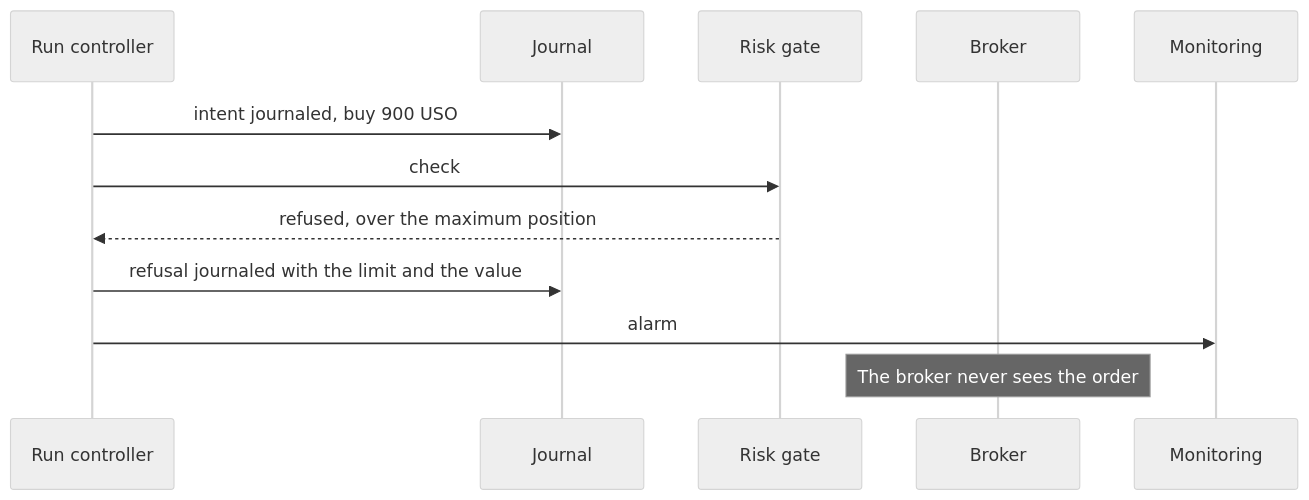
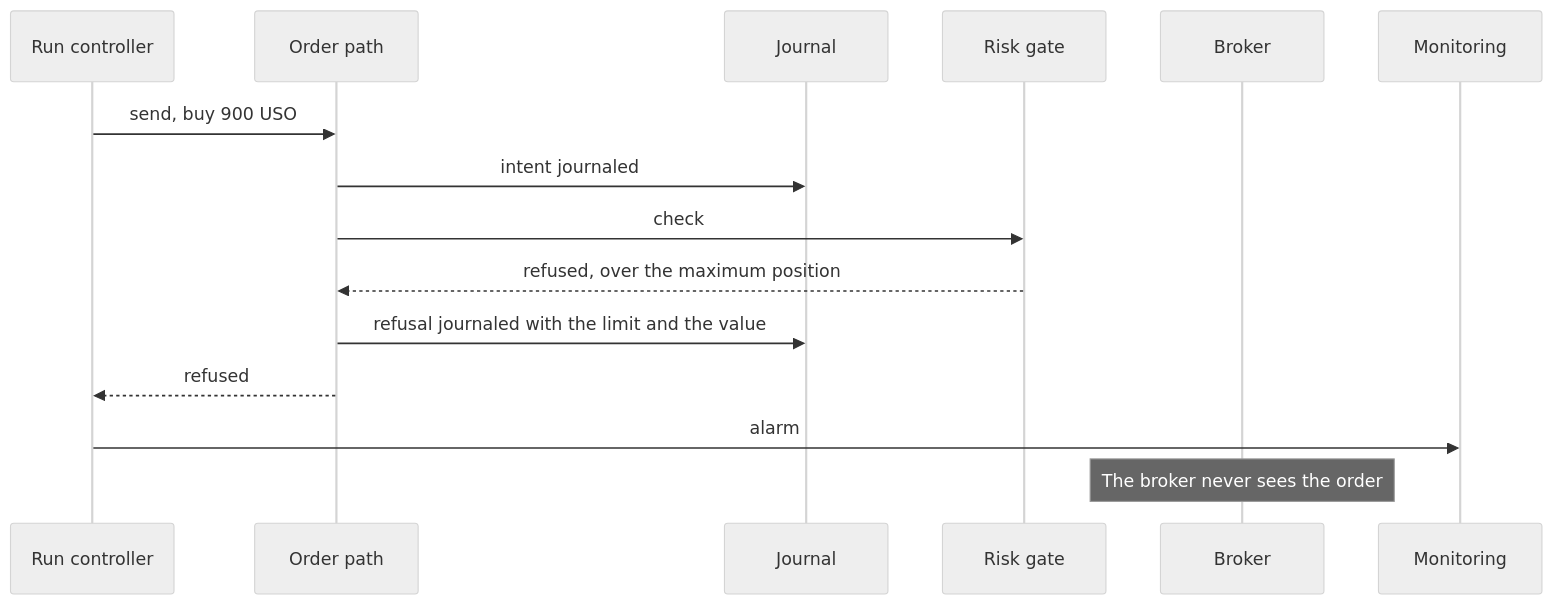
The seventh of 16 diagrams in docs/architecture.md (l3a0/ithildin-runtime), drawn with Mermaid (neutral theme) before and after one commit. The commit also changed other lines of this file, not shown here.

First line of the commit message:
docs(architecture): apply the review's verified findings

````diff
--- a/docs/architecture.md
+++ b/docs/architecture.md
@@ -387,15 +480,18 @@
 ```mermaid
 sequenceDiagram
     participant R as Run controller
+    participant X as Order path
     participant J as Journal
     participant G as Risk gate
     participant B as Broker
     participant M as Monitoring
 
-    R->>J: intent journaled, buy 900 USO
-    R->>G: check
-    G-->>R: refused, over the maximum position
-    R->>J: refusal journaled with the limit and the value
+    R->>X: send, buy 900 USO
+    X->>J: intent journaled
+    X->>G: check
+    G-->>X: refused, over the maximum position
+    X->>J: refusal journaled with the limit and the value
+    X-->>R: refused
     R->>M: alarm
     Note over B: The broker never sees the order
 ```
````
